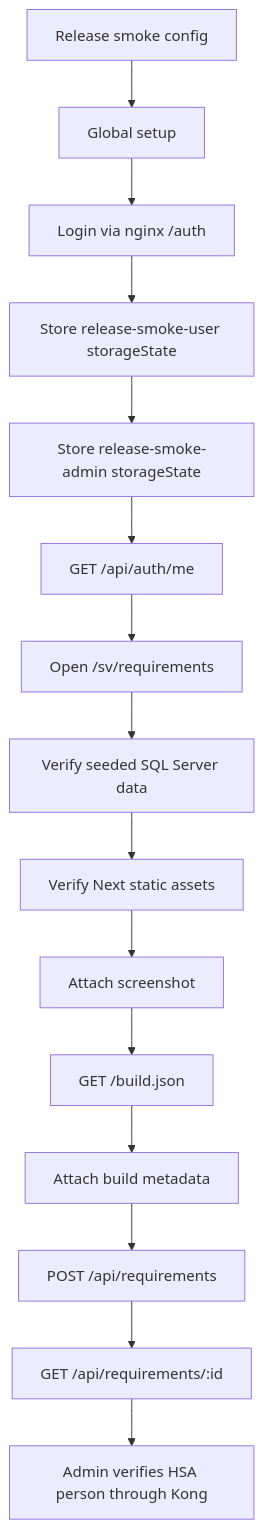
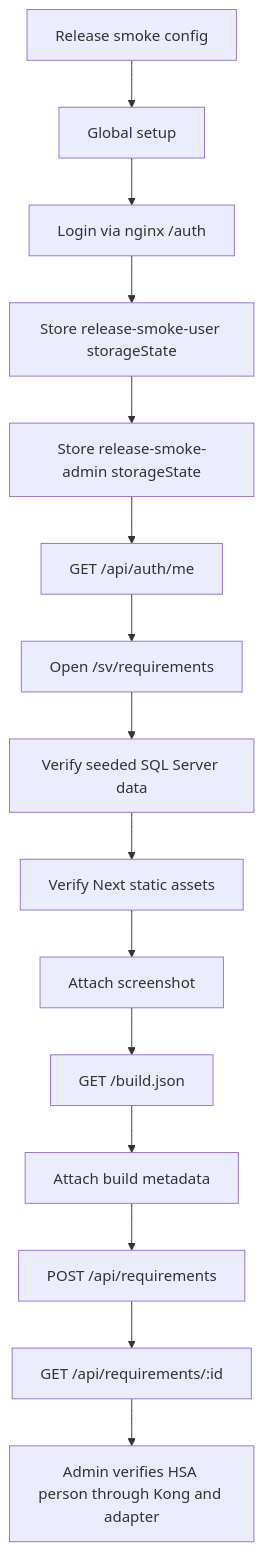
One commit to viscalyx/Kravhantering changed the first of 3 diagrams in tests/release-smoke/release-smoke.md. Above: the diagram before and after it, drawn with Mermaid. The commit also changed other lines of this file and 91 other files, not shown here.

First line of the commit message:
feat: HSA lookup adapter with REST facade and SOAP integration (#328)

````diff
--- a/tests/release-smoke/release-smoke.md
+++ b/tests/release-smoke/release-smoke.md
@@ -35,17 +35,17 @@
 ```mermaid
 flowchart TD
     A[Release smoke config] --> B[Global setup]
     B --> C[Login via nginx /auth]
     C --> D[Store release-smoke-user storageState]
     D --> E[Store release-smoke-admin storageState]
     E --> F[GET /api/auth/me]
     F --> G[Open /sv/requirements]
     G --> H[Verify seeded SQL Server data]
     H --> I[Verify Next static assets]
     I --> J[Attach screenshot]
     J --> K[GET /build.json]
     K --> L[Attach build metadata]
     L --> M[POST /api/requirements]
     M --> N[GET /api/requirements/:id]
-    N --> O[Admin verifies HSA person through Kong]
+    N --> O[Admin verifies HSA person through Kong and adapter]
 ```
````
